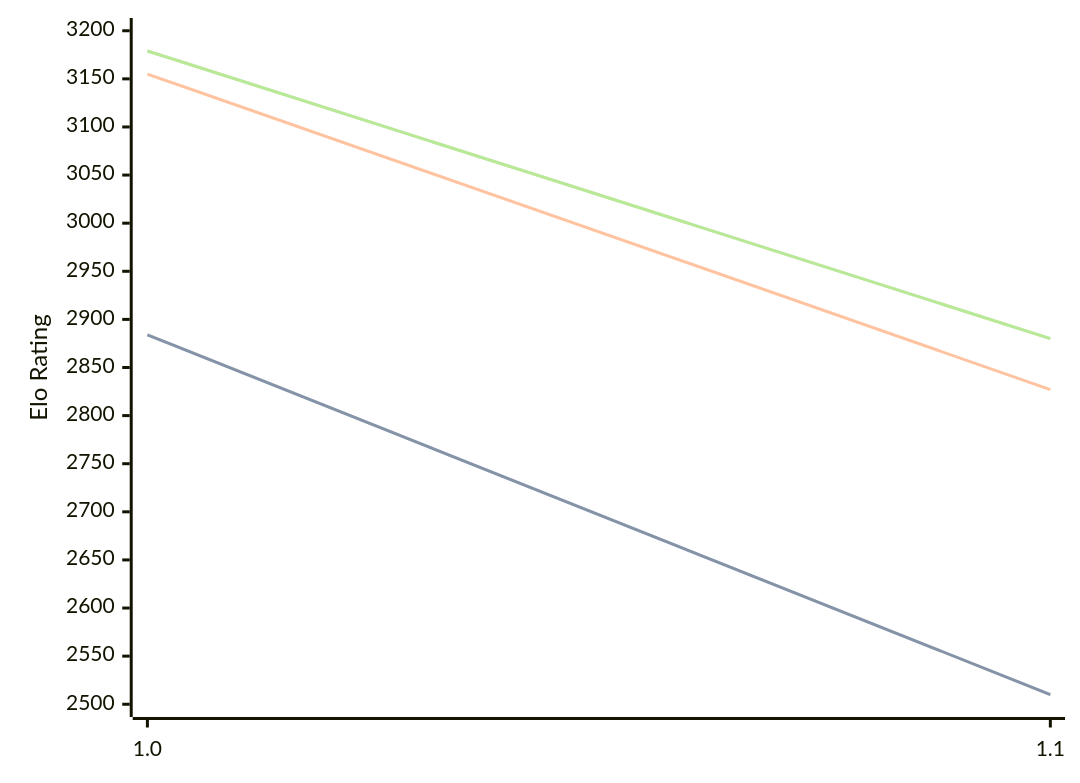
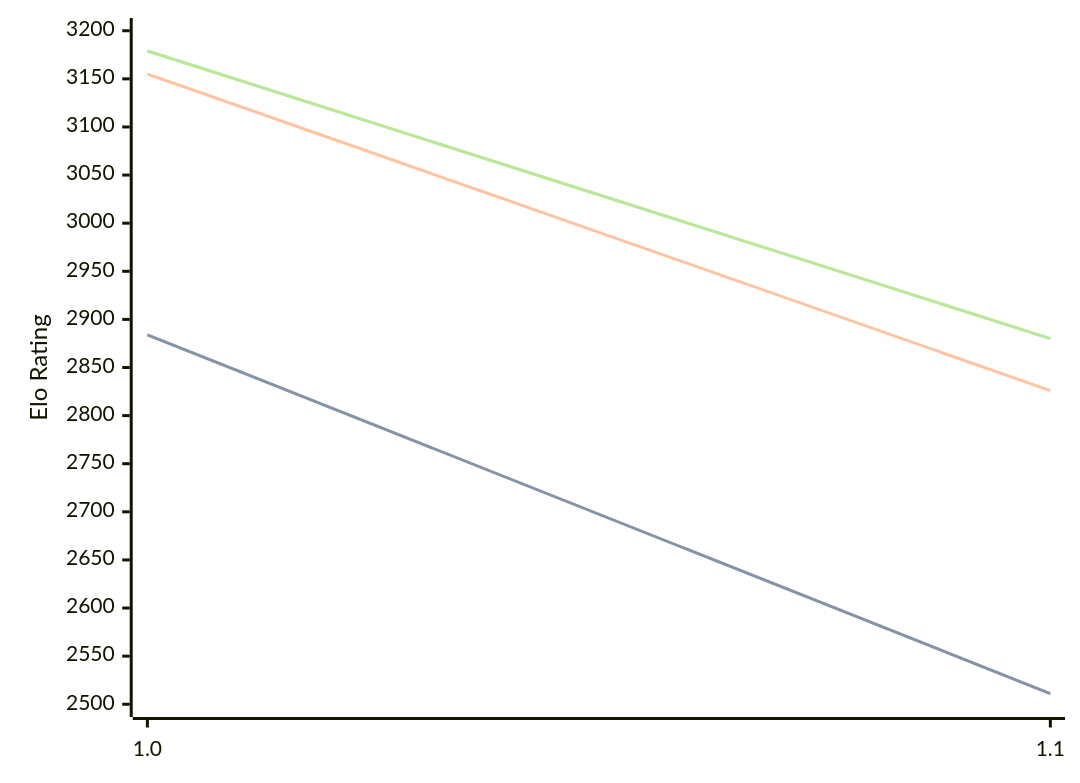
Before and after one commit to computer-chess-index/cci: the diagram in engines/Publius.md, drawn with Mermaid. The commit also changed other lines of this file, not shown here.

Commit message:
Update CCI Ratings (ELO VLTC) - 2026-02-27

````diff
--- a/engines/Publius.md
+++ b/engines/Publius.md
@@ -30,11 +30,11 @@
 ```mermaid
 %%{init: {"theme":"base","themeVariables":{"seriesColors:['#a3a3a3','#222221','#faa371']}}}%%
 xychart-beta
   x-axis ["1.0", "1.1"]
   y-axis "Elo Rating" 2500 --> 3200
-  line "STC (8.0+0.08s)" [2884, 2510]
-  line "STC (8.0+0.08s)" [2884, 2510]
-  line "LTC (60.0+0.60s)" [3155, 2827]
+  line "STC (8.0+0.08s)" [2884, 2511]
+  line "STC (8.0+0.08s)" [2884, 2511]
+  line "LTC (60.0+0.60s)" [3155, 2826]
   line "VLTC (2m24s+1.12s)" [3179, 2880]
   line "VLTC (2m24s+1.12s)" [3179, 2880]
 ```
````
